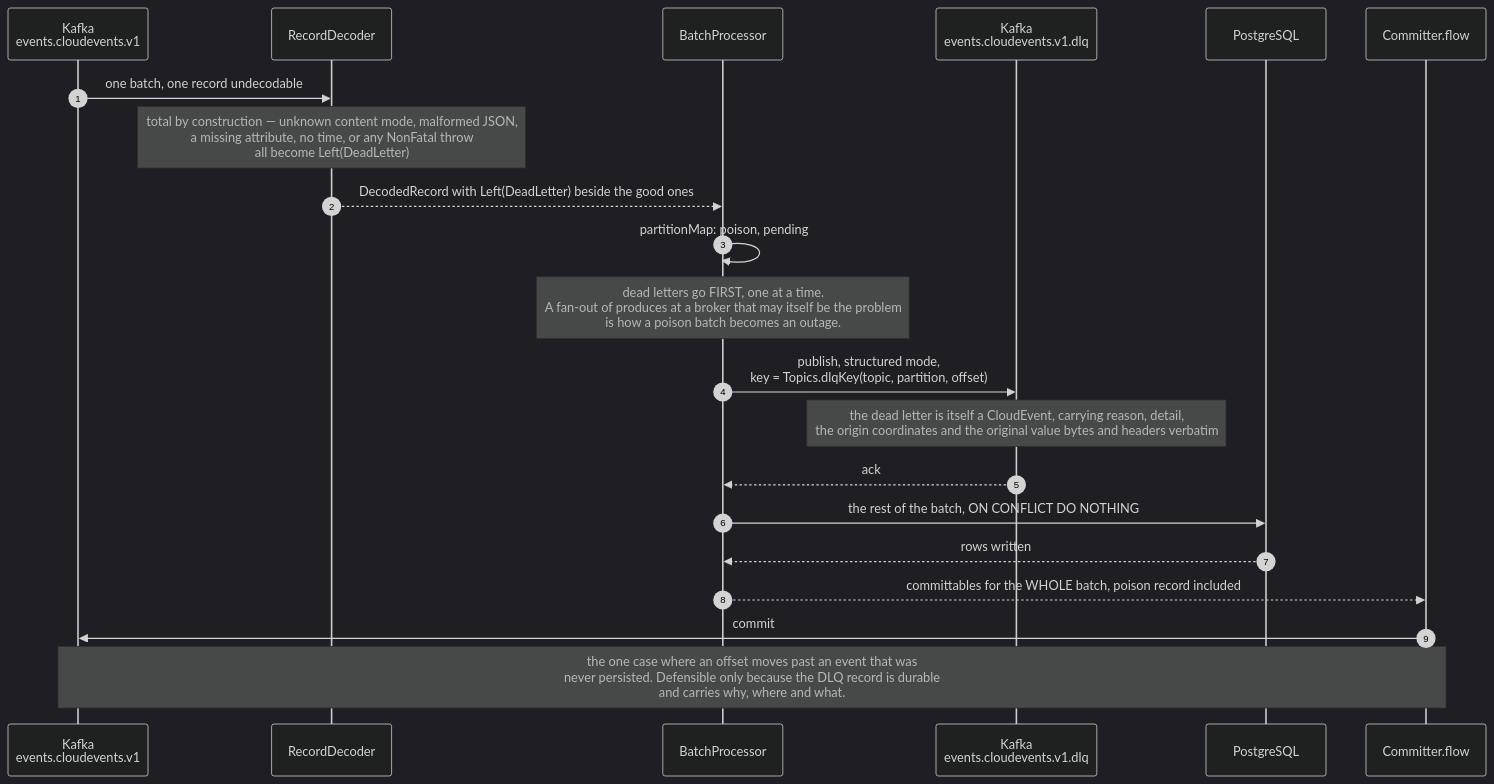
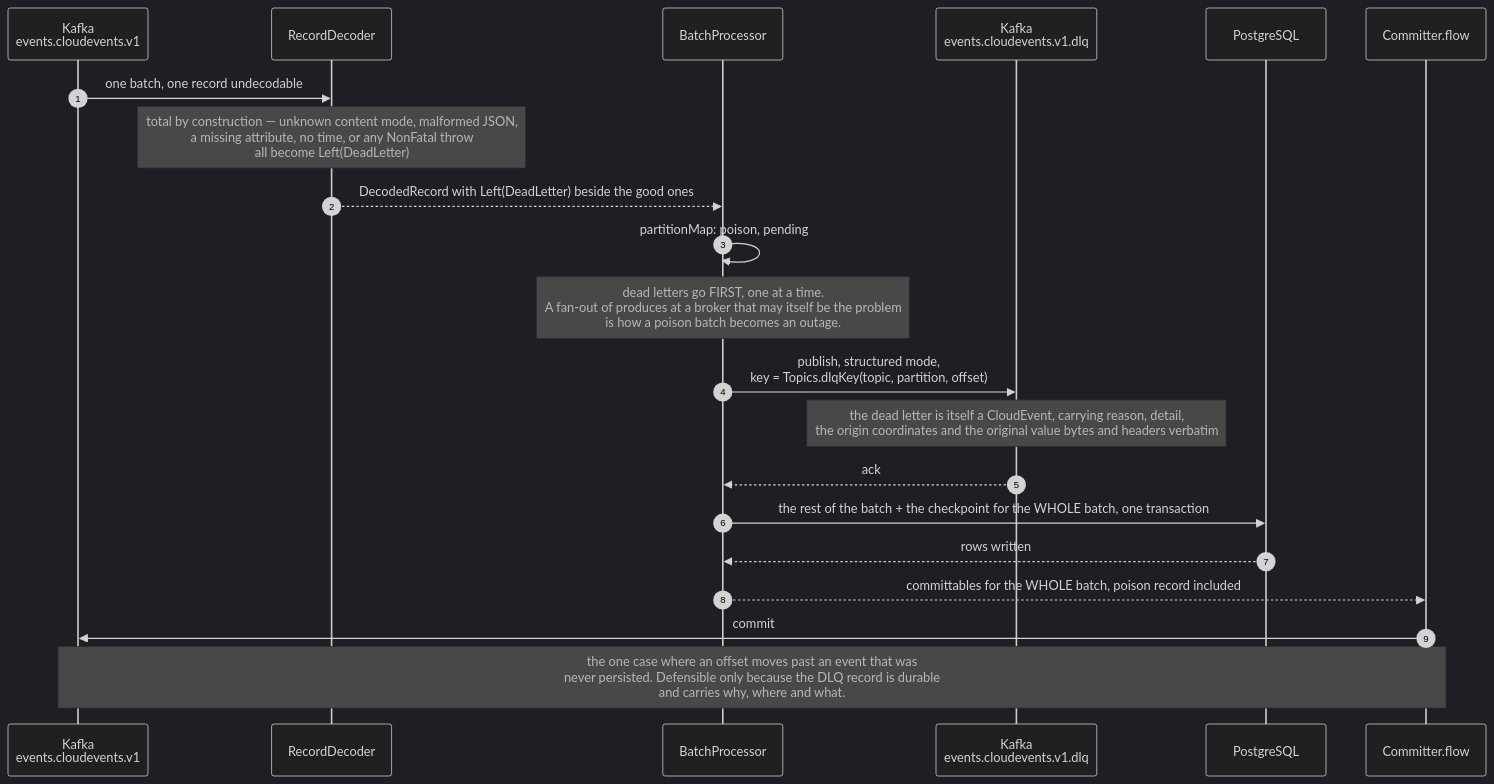
One commit to worxbend/playground changed the third of 7 diagrams in docs/architecture/flows.md. Above: the diagram before and after it, drawn with Mermaid (dark theme). The commit also changed other lines of this file and 10 other files, not shown here.

````diff
--- a/docs/architecture/flows.md
+++ b/docs/architecture/flows.md
@@ -130,26 +130,26 @@
 ```mermaid
 sequenceDiagram
     autonumber
     participant B as Kafka<br/>events.cloudevents.v1
     participant D as RecordDecoder
     participant P as BatchProcessor
     participant Q as Kafka<br/>events.cloudevents.v1.dlq
     participant G as PostgreSQL
     participant M as Committer.flow
 
     B->>D: one batch, one record undecodable
     Note over D: total by construction — unknown content mode, malformed JSON,<br/>a missing attribute, no time, or any NonFatal throw<br/>all become Left(DeadLetter)
     D-->>P: DecodedRecord with Left(DeadLetter) beside the good ones
 
     P->>P: partitionMap: poison, pending
     Note over P: dead letters go FIRST, one at a time.<br/>A fan-out of produces at a broker that may itself be the problem<br/>is how a poison batch becomes an outage.
     P->>Q: publish, structured mode,<br/>key = Topics.dlqKey(topic, partition, offset)
     Note over Q: the dead letter is itself a CloudEvent, carrying reason, detail,<br/>the origin coordinates and the original value bytes and headers verbatim
     Q-->>P: ack
 
-    P->>G: the rest of the batch, ON CONFLICT DO NOTHING
+    P->>G: the rest of the batch + the checkpoint for the WHOLE batch, one transaction
     G-->>P: rows written
     P-->>M: committables for the WHOLE batch, poison record included
     M->>B: commit
     Note over M,B: the one case where an offset moves past an event that was<br/>never persisted. Defensible only because the DLQ record is durable<br/>and carries why, where and what.
 ```
````
